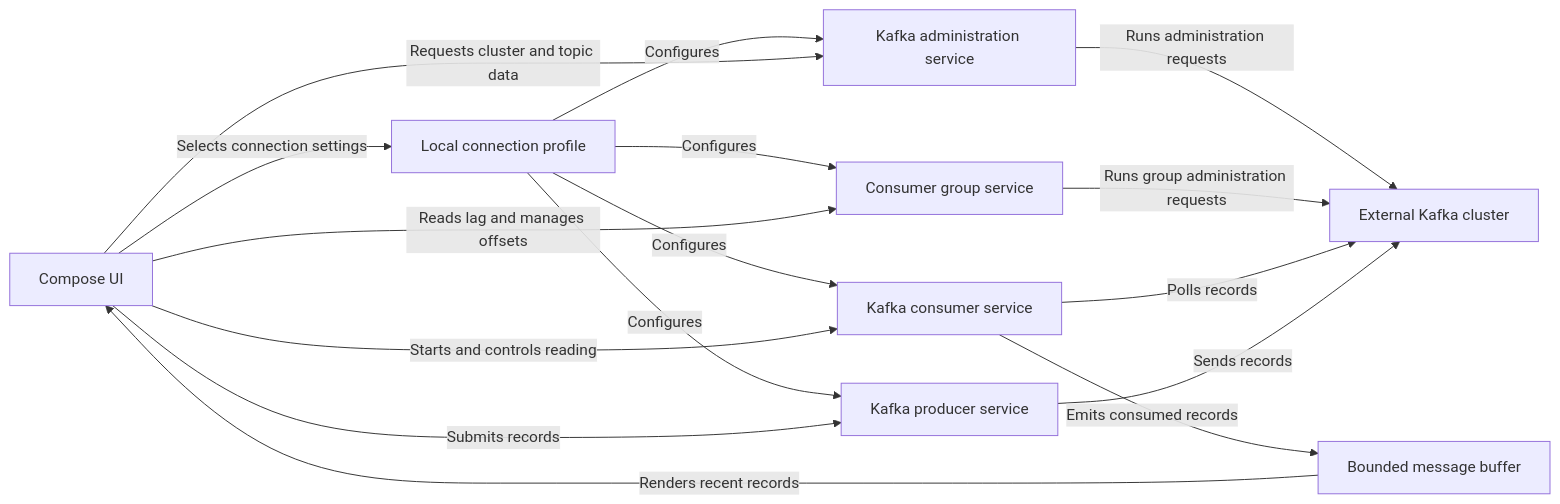
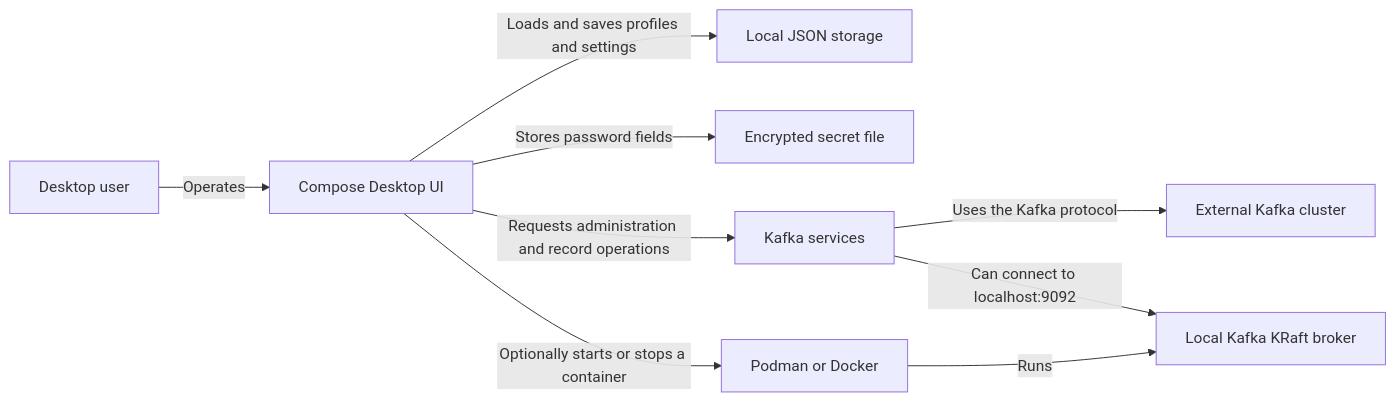
One commit to lumenikoly/kafi-kafi changed the diagram in docs/architecture/overview.md. Above: the diagram before and after it, drawn with Mermaid. The commit also changed other lines of this file and 44 other files, not shown here.

First line of the commit message:
Add consumer group management UI and settings page

````diff
--- a/docs/architecture/overview.md
+++ b/docs/architecture/overview.md
@@ -18,18 +18,11 @@
 ```mermaid
 flowchart LR
-    UI[Compose UI] -->|Selects connection settings| Profile[Local connection profile]
-    Profile -->|Configures| Admin[Kafka administration service]
-    Profile -->|Configures| Groups[Consumer group service]
-    Profile -->|Configures| Consumer[Kafka consumer service]
-    Profile -->|Configures| Producer[Kafka producer service]
-    UI -->|Requests cluster and topic data| Admin
-    UI -->|Reads lag and manages offsets| Groups
-    UI -->|Starts and controls reading| Consumer
-    UI -->|Submits records| Producer
-    Admin -->|Runs administration requests| Cluster[External Kafka cluster]
-    Groups -->|Runs group administration requests| Cluster
-    Consumer -->|Polls records| Cluster
-    Producer -->|Sends records| Cluster
-    Consumer -->|Emits consumed records| Buffer[Bounded message buffer]
-    Buffer -->|Renders recent records| UI
+    User[Desktop user] -->|Operates| UI[Compose Desktop UI]
+    UI -->|Loads and saves profiles and settings| Storage[Local JSON storage]
+    UI -->|Stores password fields| Secrets[Encrypted secret file]
+    UI -->|Requests administration and record operations| Services[Kafka services]
+    Services -->|Uses the Kafka protocol| Kafka[External Kafka cluster]
+    UI -->|Optionally starts or stops a container| Engine[Podman or Docker]
+    Engine -->|Runs| LocalKafka[Local Kafka KRaft broker]
+    Services -->|Can connect to localhost:9092| LocalKafka
 ```
````
